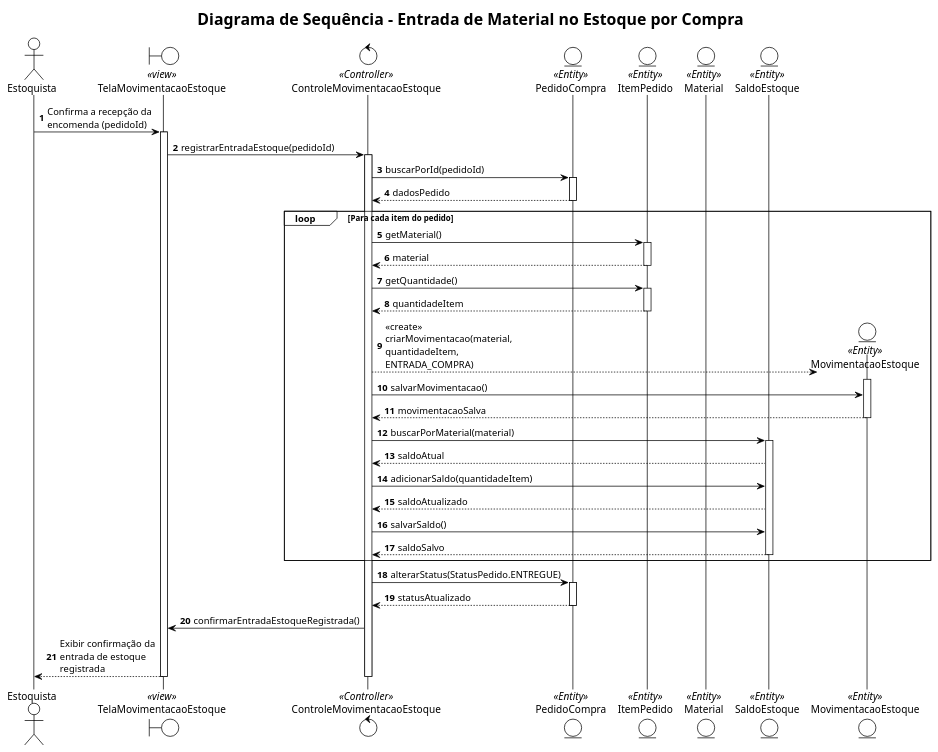
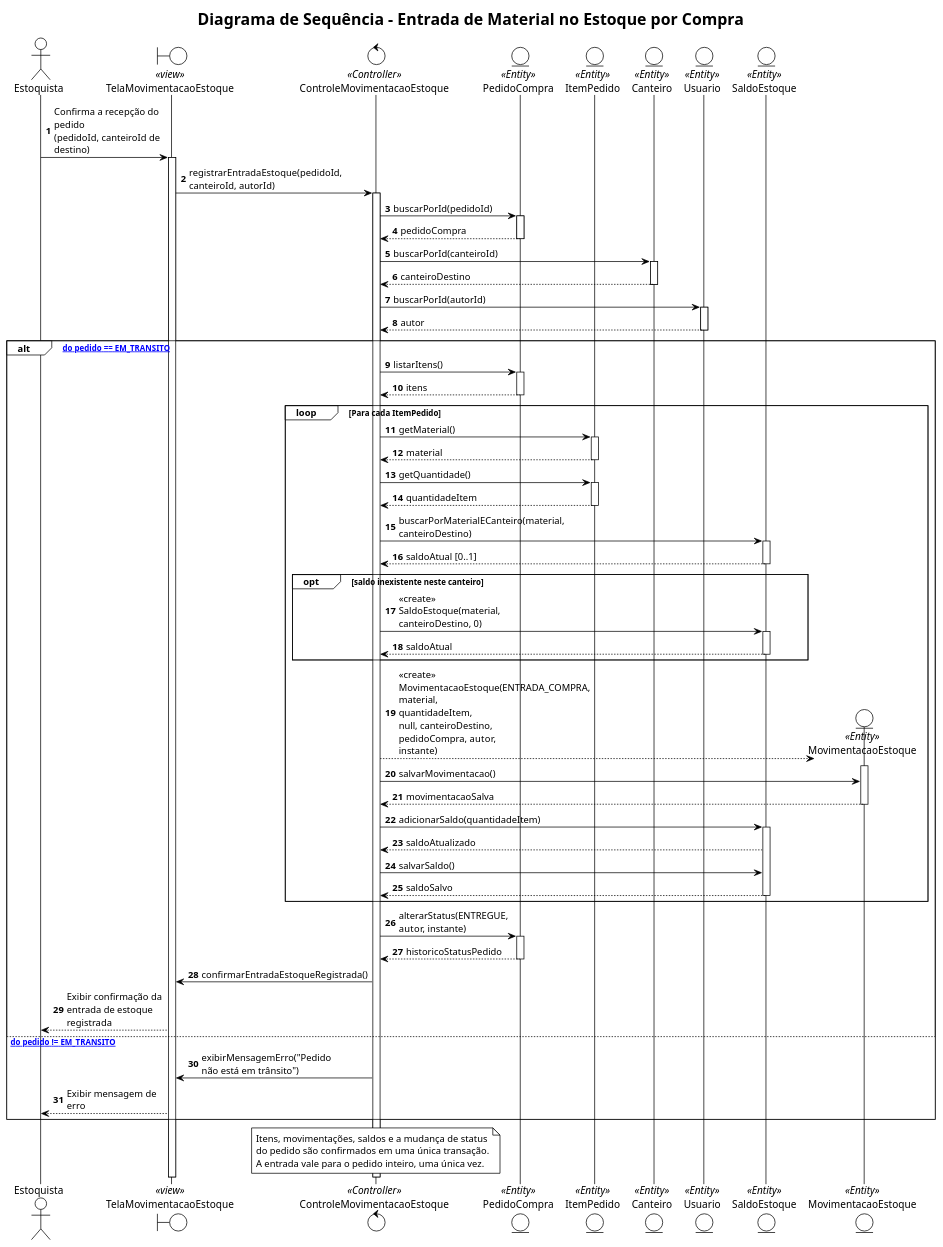
One commit to bernardoanobrega/oBRAS changed the diagram in Diagramas dinamicos/Modulo Estoque/EstoquesEntrada.puml. Above: the diagram before and after it, drawn with PlantUML. The commit also changed 7 other files, not shown here.

Commit message:
Atualização dos diagramas dinâmicos do módulo de estoques

```diff
--- a/Diagramas dinamicos/Modulo Estoque/EstoquesEntrada.puml
+++ b/Diagramas dinamicos/Modulo Estoque/EstoquesEntrada.puml
@@ -1,66 +1,102 @@
 @startuml estoques-entrada-sequence
 !theme plain
 title Diagrama de Sequência - Entrada de Material no Estoque por Compra
 skinparam maxMessageSize 150
 autonumber
 
 actor "Estoquista" as user
 boundary "TelaMovimentacaoEstoque" as view <<view>>
 control "ControleMovimentacaoEstoque" as ctrl <<Controller>>
 entity "PedidoCompra" as pedido <<Entity>>
 entity "ItemPedido" as item <<Entity>>
-entity "Material" as material <<Entity>>
+entity "Canteiro" as canteiro <<Entity>>
+entity "Usuario" as usuario <<Entity>>
 entity "SaldoEstoque" as saldo <<Entity>>
 entity "MovimentacaoEstoque" as movimentacao <<Entity>>
 
-user -> view : Confirma a recepção da encomenda (pedidoId)
+user -> view : Confirma a recepção do pedido\n(pedidoId, canteiroId de destino)
 activate view
 
-view -> ctrl : registrarEntradaEstoque(pedidoId)
+view -> ctrl : registrarEntradaEstoque(pedidoId, canteiroId, autorId)
 activate ctrl
 
 ctrl -> pedido : buscarPorId(pedidoId)
 activate pedido
-pedido --> ctrl : dadosPedido
+pedido --> ctrl : pedidoCompra
 deactivate pedido
 
-loop Para cada item do pedido
-    ctrl -> item : getMaterial()
-    activate item
-    item --> ctrl : material
-    deactivate item
+ctrl -> canteiro : buscarPorId(canteiroId)
+activate canteiro
+canteiro --> ctrl : canteiroDestino
+deactivate canteiro
 
-    ctrl -> item : getQuantidade()
-    activate item
-    item --> ctrl : quantidadeItem
-    deactivate item
+ctrl -> usuario : buscarPorId(autorId)
+activate usuario
+usuario --> ctrl : autor
+deactivate usuario
 
-    ctrl --> movimentacao ** : <<create>> criarMovimentacao(material, quantidadeItem, ENTRADA_COMPRA)
-    activate movimentacao
-    ctrl -> movimentacao : salvarMovimentacao()
-    movimentacao --> ctrl : movimentacaoSalva
-    deactivate movimentacao
+alt [status do pedido == EM_TRANSITO]
+    ctrl -> pedido : listarItens()
+    activate pedido
+    pedido --> ctrl : itens
+    deactivate pedido
 
-    ctrl -> saldo : buscarPorMaterial(material)
-    activate saldo
-    saldo --> ctrl : saldoAtual
+    loop Para cada ItemPedido
+        ctrl -> item : getMaterial()
+        activate item
+        item --> ctrl : material
+        deactivate item
 
-    ctrl -> saldo : adicionarSaldo(quantidadeItem)
-    saldo --> ctrl : saldoAtualizado
+        ctrl -> item : getQuantidade()
+        activate item
+        item --> ctrl : quantidadeItem
+        deactivate item
 
-    ctrl -> saldo : salvarSaldo()
-    saldo --> ctrl : saldoSalvo
-    deactivate saldo
+        ctrl -> saldo : buscarPorMaterialECanteiro(material, canteiroDestino)
+        activate saldo
+        saldo --> ctrl : saldoAtual [0..1]
+        deactivate saldo
+
+        opt saldo inexistente neste canteiro
+            ctrl -> saldo : <<create>> SaldoEstoque(material, canteiroDestino, 0)
+            activate saldo
+            saldo --> ctrl : saldoAtual
+            deactivate saldo
+        end
+
+        ctrl --> movimentacao ** : <<create>> MovimentacaoEstoque(ENTRADA_COMPRA, material, quantidadeItem,\nnull, canteiroDestino, pedidoCompra, autor, instante)
+        activate movimentacao
+        ctrl -> movimentacao : salvarMovimentacao()
+        movimentacao --> ctrl : movimentacaoSalva
+        deactivate movimentacao
+
+        ctrl -> saldo : adicionarSaldo(quantidadeItem)
+        activate saldo
+        saldo --> ctrl : saldoAtualizado
+
+        ctrl -> saldo : salvarSaldo()
+        saldo --> ctrl : saldoSalvo
+        deactivate saldo
+    end
+
+    ctrl -> pedido : alterarStatus(ENTREGUE, autor, instante)
+    activate pedido
+    pedido --> ctrl : historicoStatusPedido
+    deactivate pedido
+
+    ctrl -> view : confirmarEntradaEstoqueRegistrada()
+    view --> user : Exibir confirmação da entrada de estoque registrada
+else [status do pedido != EM_TRANSITO]
+    ctrl -> view : exibirMensagemErro("Pedido não está em trânsito")
+    view --> user : Exibir mensagem de erro
 end
 
-ctrl -> pedido : alterarStatus(StatusPedido.ENTREGUE)
-activate pedido
-pedido --> ctrl : statusAtualizado
-deactivate pedido
-
-ctrl -> view : confirmarEntradaEstoqueRegistrada()
-view --> user : Exibir confirmação da entrada de estoque registrada
+note over ctrl
+  Itens, movimentações, saldos e a mudança de status
+  do pedido são confirmados em uma única transação.
+  A entrada vale para o pedido inteiro, uma única vez.
+end note
 
 deactivate ctrl
 deactivate view
 @enduml
```
